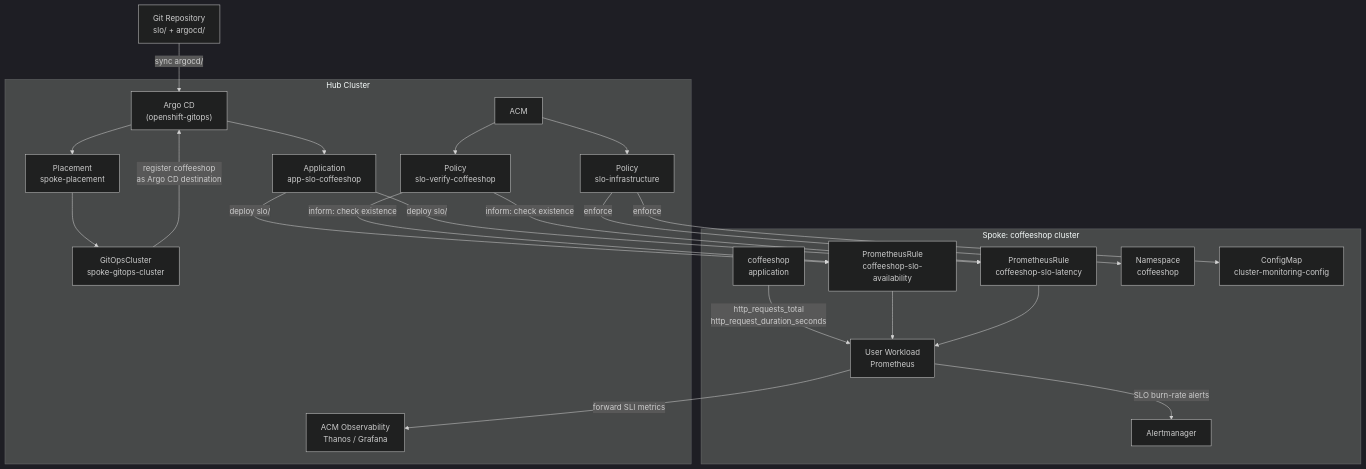
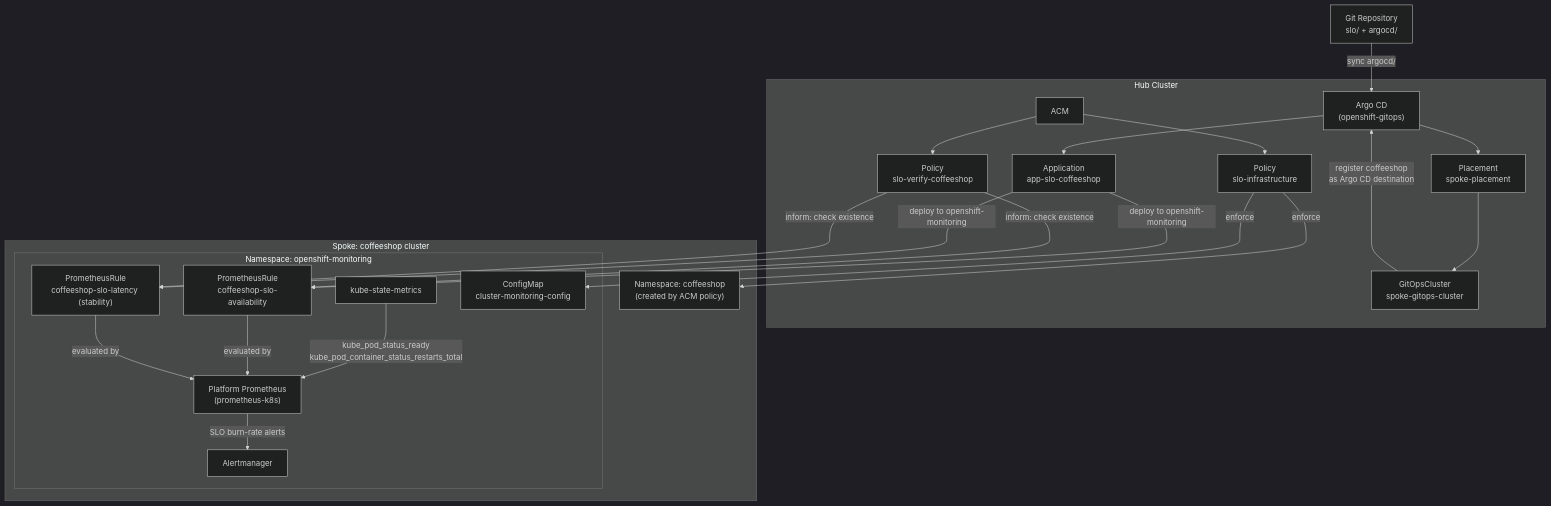
One commit to froberge/acm_hcp_argocd_demo changed the second of 2 diagrams in README.md. Above: the diagram before and after it, drawn with Mermaid (dark theme). The commit also changed other lines of this file, not shown here.

First line of the commit message:
docs: enhance README to clarify SLO definitions and ACM policies

````diff
--- a/README.md
+++ b/README.md
@@ -229,46 +230,46 @@
 ```mermaid
 flowchart TD
     Git["Git Repository\nslo/ + argocd/"]
 
     subgraph hub [Hub Cluster]
         ArgoCD["Argo CD\n(openshift-gitops)"]
         ACM["ACM"]
         SpokePlacement["Placement\nspoke-placement"]
         SpokeGOC["GitOpsCluster\nspoke-gitops-cluster"]
         AppSLO["Application\napp-slo-coffeeshop"]
         PolicyInfra["Policy\nslo-infrastructure"]
         PolicyVerify["Policy\nslo-verify-coffeeshop"]
-        Thanos["ACM Observability\nThanos / Grafana"]
     end
 
     subgraph coffeeshop [Spoke: coffeeshop cluster]
-        UWM["User Workload\nPrometheus"]
-        SLO_A["PrometheusRule\ncoffeeshop-slo-availability"]
-        SLO_L["PrometheusRule\ncoffeeshop-slo-latency"]
-        App["coffeeshop\napplication"]
-        AM["Alertmanager"]
-        NS["Namespace\ncoffeeshop"]
-        CM["ConfigMap\ncluster-monitoring-config"]
+        subgraph openshift_monitoring ["Namespace: openshift-monitoring"]
+            PlatProm["Platform Prometheus\n(prometheus-k8s)"]
+            SLO_A["PrometheusRule\ncoffeeshop-slo-availability"]
+            SLO_L["PrometheusRule\ncoffeeshop-slo-latency (stability)"]
+            KSM["kube-state-metrics"]
+            AM["Alertmanager"]
+            CM["ConfigMap\ncluster-monitoring-config"]
+        end
+        NS["Namespace: coffeeshop\n(created by ACM policy)"]
     end
 
     Git -->|"sync argocd/"| ArgoCD
     ArgoCD --> SpokePlacement
     SpokePlacement --> SpokeGOC
     SpokeGOC -->|"register coffeeshop\nas Argo CD destination"| ArgoCD
     ArgoCD --> AppSLO
-    AppSLO -->|"deploy slo/"| SLO_A
-    AppSLO -->|"deploy slo/"| SLO_L
+    AppSLO -->|"deploy to openshift-monitoring"| SLO_A
+    AppSLO -->|"deploy to openshift-monitoring"| SLO_L
 
     ACM --> PolicyInfra
     PolicyInfra -->|enforce| CM
     PolicyInfra -->|enforce| NS
     ACM --> PolicyVerify
     PolicyVerify -->|"inform: check existence"| SLO_A
     PolicyVerify -->|"inform: check existence"| SLO_L
 
-    App -->|"http_requests_total\nhttp_request_duration_seconds"| UWM
-    SLO_A --> UWM
-    SLO_L --> UWM
-    UWM -->|"SLO burn-rate alerts"| AM
-    UWM -->|"forward SLI metrics"| Thanos
+    KSM -->|"kube_pod_status_ready\nkube_pod_container_status_restarts_total"| PlatProm
+    SLO_A -->|"evaluated by"| PlatProm
+    SLO_L -->|"evaluated by"| PlatProm
+    PlatProm -->|"SLO burn-rate alerts"| AM
 ```
````
